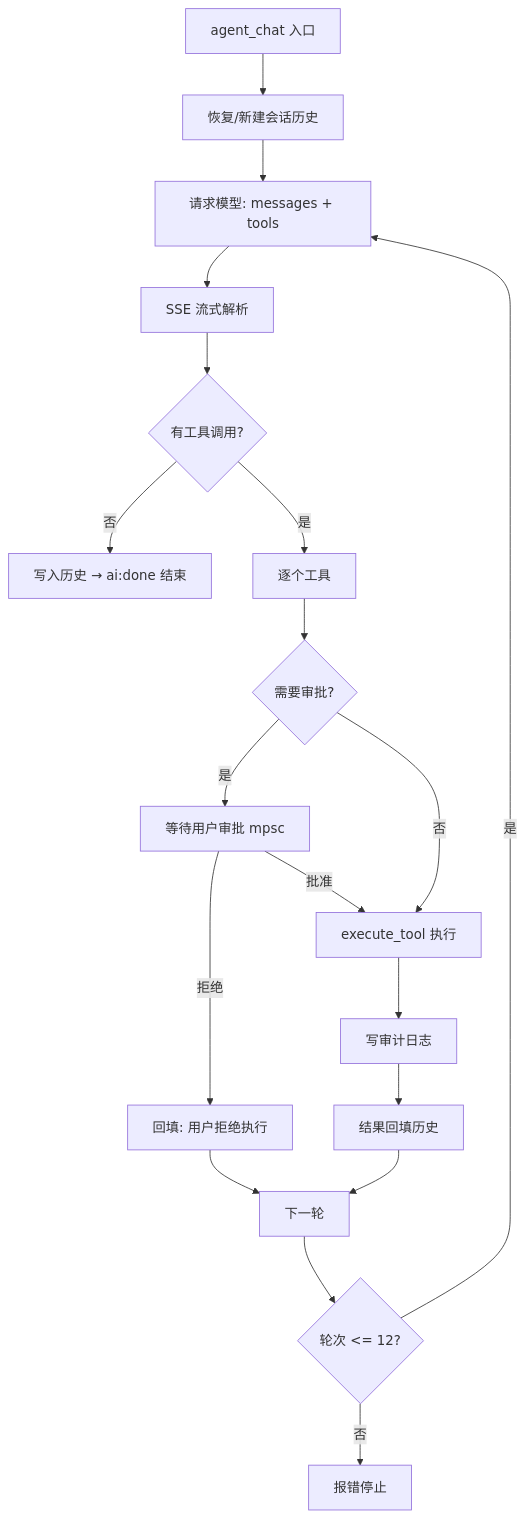
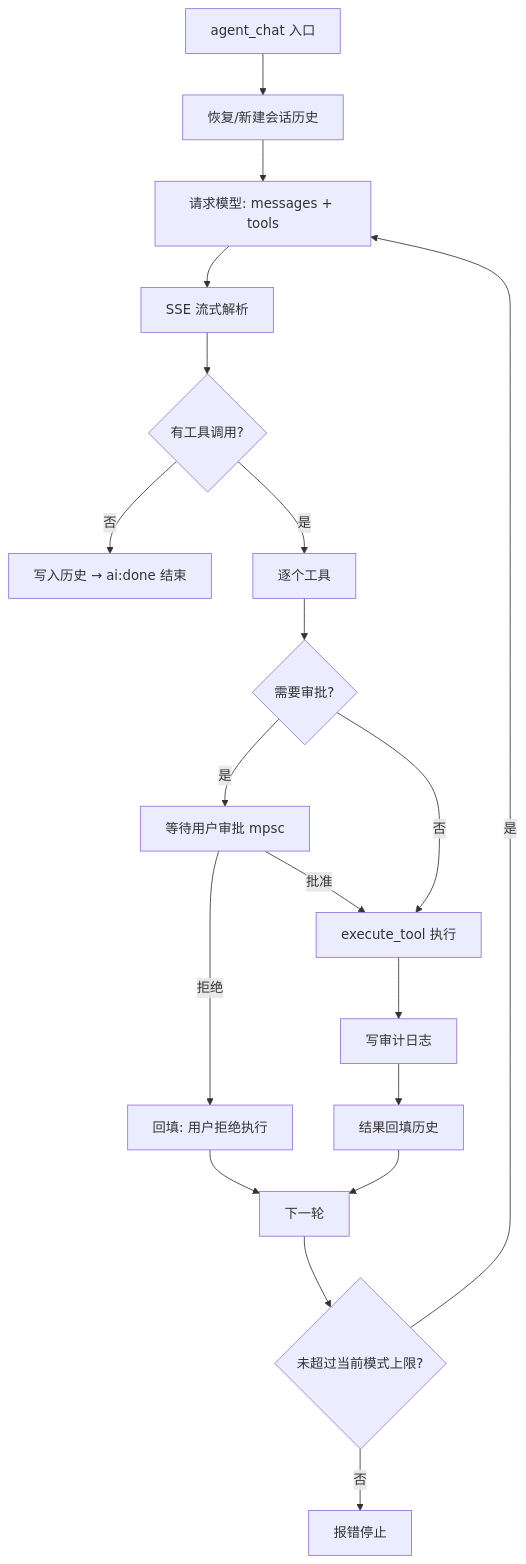
The first of 3 diagrams in docs/自研AI-Agent与权限设计.md (shaguocgl/buff-term), drawn with Mermaid before and after one commit. The commit also changed other lines of this file and 25 other files, not shown here.

````diff
--- a/docs/自研AI-Agent与权限设计.md
+++ b/docs/自研AI-Agent与权限设计.md
@@ -28,21 +29,21 @@
 ```mermaid
 flowchart TD
   S[agent_chat 入口] --> H[恢复/新建会话历史]
   H --> REQ[请求模型: messages + tools]
   REQ --> SSE[SSE 流式解析]
   SSE --> TC{有工具调用?}
   TC -->|否| DONE[写入历史 → ai:done 结束]
   TC -->|是| T[逐个工具]
   T --> AP{需要审批?}
   AP -->|是| WAIT[等待用户审批 mpsc]
   WAIT -->|拒绝| FB1[回填: 用户拒绝执行]
   WAIT -->|批准| EXEC
   AP -->|否| EXEC[execute_tool 执行]
   EXEC --> AUDIT[写审计日志]
   AUDIT --> FB2[结果回填历史]
   FB1 --> NEXT[下一轮]
   FB2 --> NEXT
-  NEXT --> ITER{轮次 <= 12?}
+  NEXT --> ITER{未超过当前模式上限?}
   ITER -->|是| REQ
   ITER -->|否| ERR[报错停止]
 ```
````
